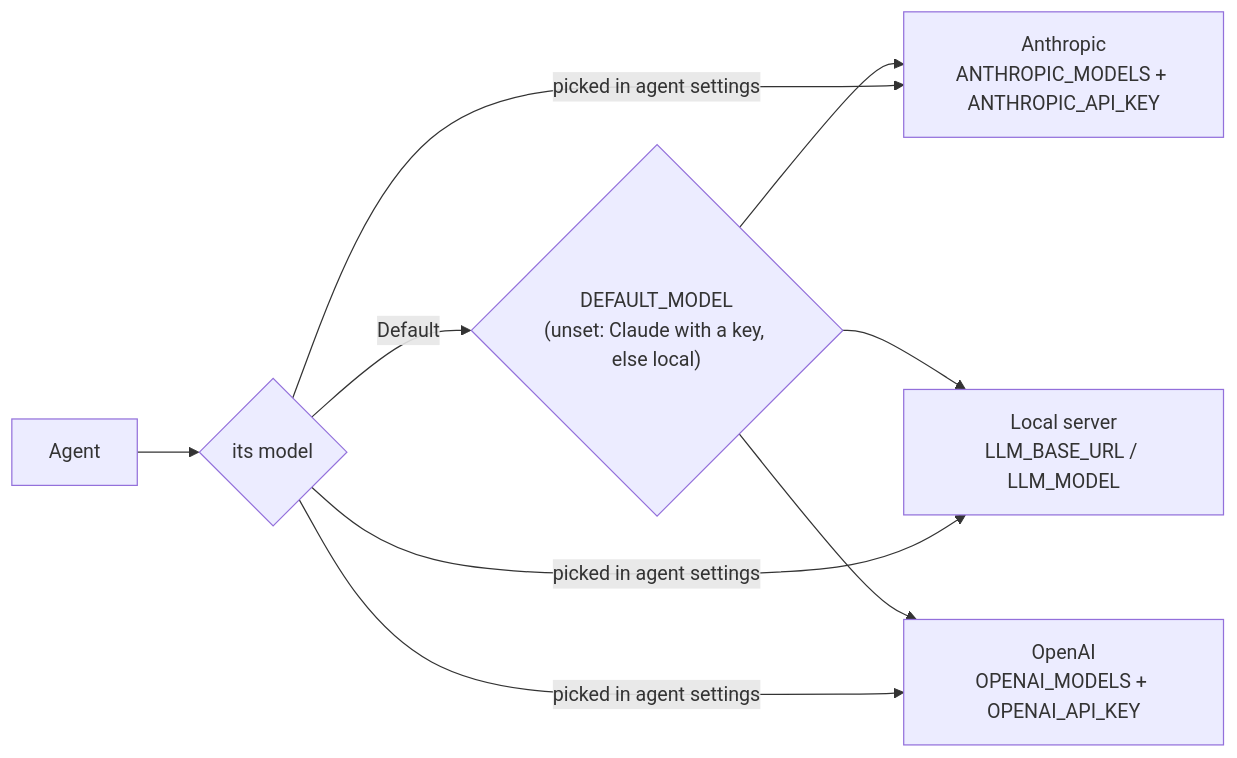
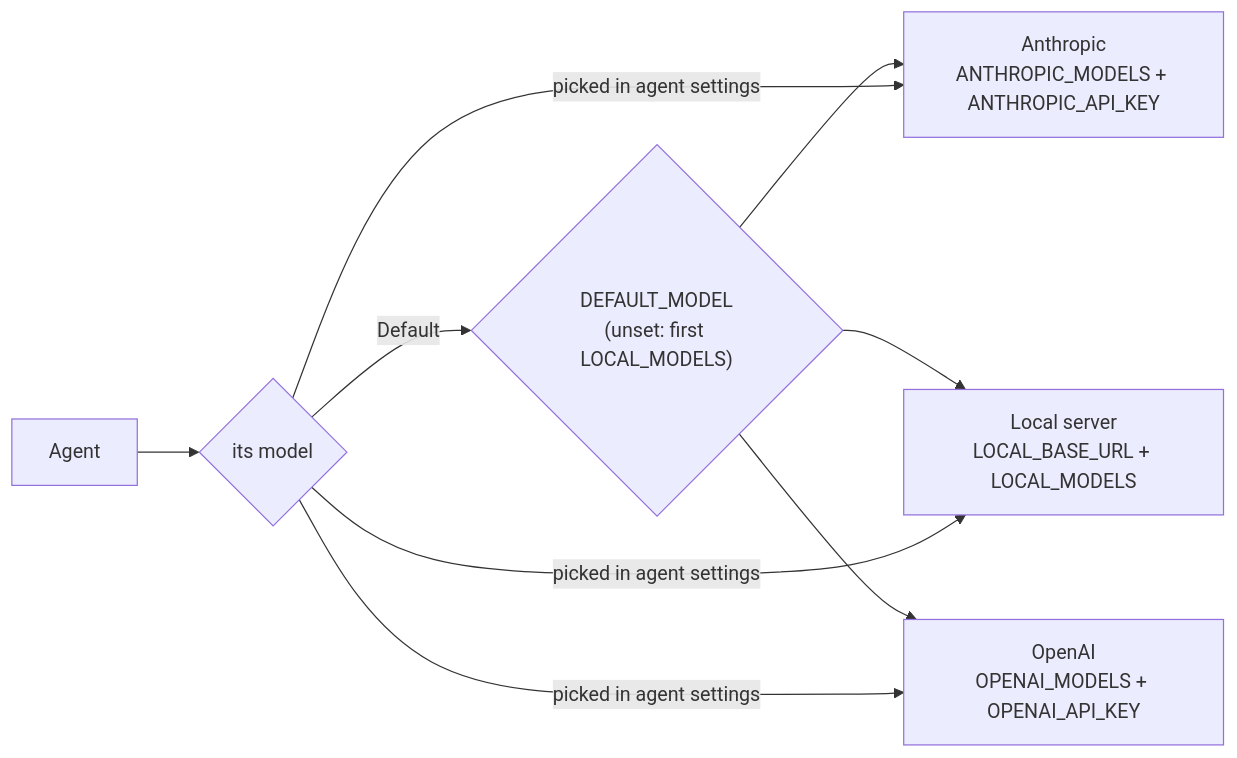
The diagram in docs/models.md (chrysogonus/agent-lab), drawn with Mermaid before and after one commit. The commit also changed other lines of this file and 8 other files, not shown here.

Commit message:
Model settings: LOCAL_/OPENAI_/ANTHROPIC_ blocks, DEFAULT_MODEL as the one switch

````diff
--- a/docs/models.md
+++ b/docs/models.md
@@ -9,11 +9,11 @@
 ```mermaid
 flowchart LR
     A[Agent] --> D{its model}
-    D -- "Default" --> DM{"DEFAULT_MODEL<br/>(unset: Claude with a key, else local)"}
+    D -- "Default" --> DM{"DEFAULT_MODEL<br/>(unset: first LOCAL_MODELS)"}
     DM --> A2["Anthropic<br/>ANTHROPIC_MODELS + ANTHROPIC_API_KEY"]
-    DM --> L["Local server<br/>LLM_BASE_URL / LLM_MODEL"]
+    DM --> L["Local server<br/>LOCAL_BASE_URL + LOCAL_MODELS"]
     DM --> O["OpenAI<br/>OPENAI_MODELS + OPENAI_API_KEY"]
     D -- "picked in agent settings" --> A2
     D -- "picked in agent settings" --> L
     D -- "picked in agent settings" --> O
 ```
````
